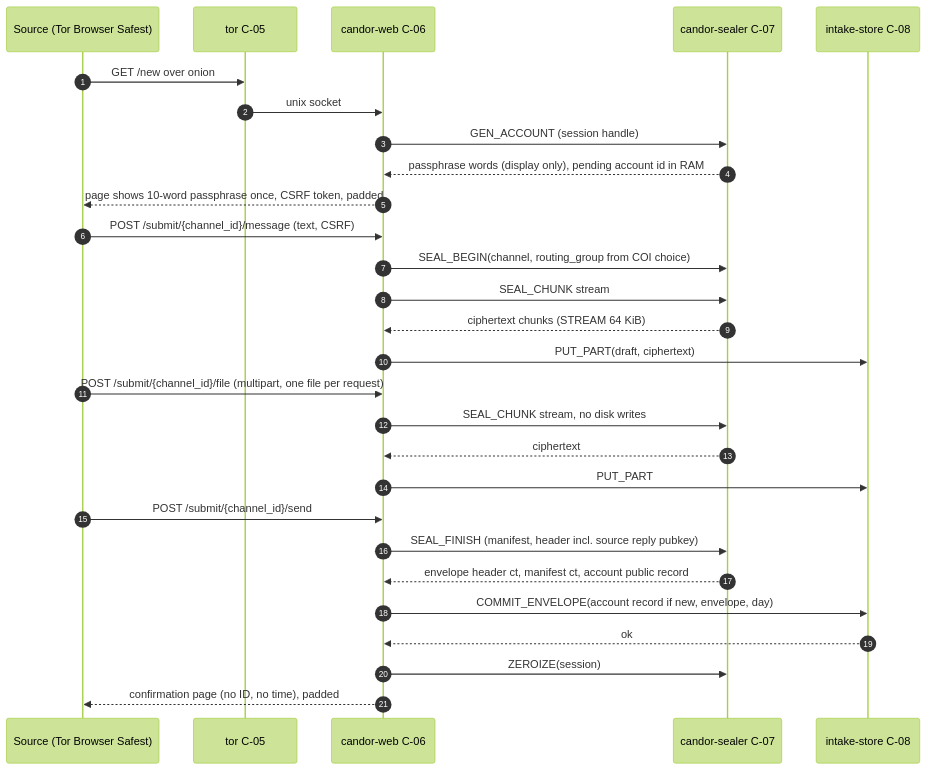
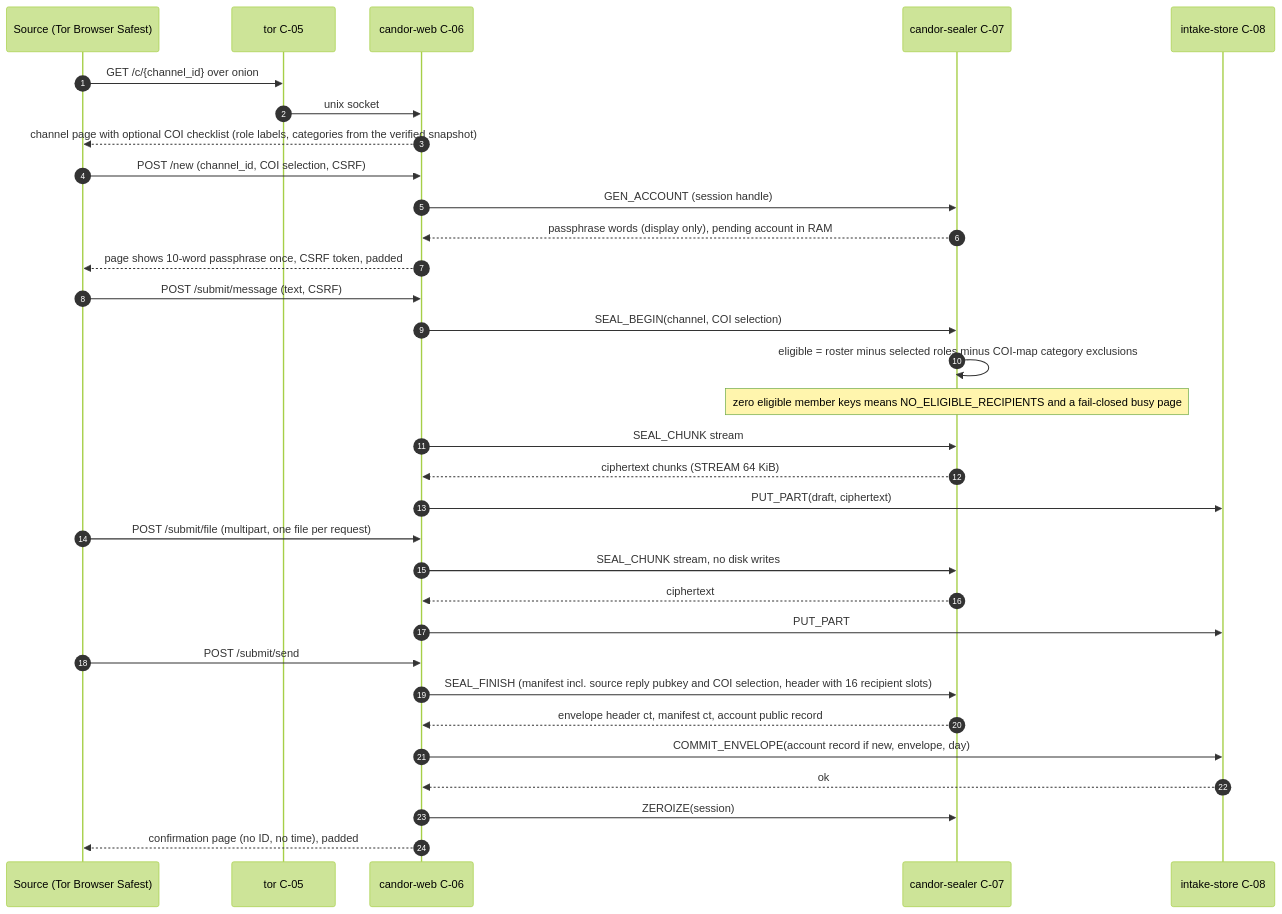
One commit to djshellshoxxx/leaks changed the sixth of 12 diagrams in specs/06-SYSTEM-ARCHITECTURE.md. Above: the diagram before and after it, drawn with Mermaid (forest theme). The commit also changed other lines of this file and 14 other files, not shown here.

````diff
--- a/specs/06-SYSTEM-ARCHITECTURE.md
+++ b/specs/06-SYSTEM-ARCHITECTURE.md
@@ -339,30 +339,34 @@
 ```mermaid
 sequenceDiagram
   autonumber
   participant S as Source (Tor Browser Safest)
   participant T as tor C-05
   participant W as candor-web C-06
   participant L as candor-sealer C-07
   participant I as intake-store C-08
-  S->>T: GET /new over onion
+  S->>T: GET /c/{channel_id} over onion
   T->>W: unix socket
+  W-->>S: channel page with optional COI checklist (role labels, categories from the verified snapshot)
+  S->>W: POST /new (channel_id, COI selection, CSRF)
   W->>L: GEN_ACCOUNT (session handle)
-  L-->>W: passphrase words (display only), pending account id in RAM
+  L-->>W: passphrase words (display only), pending account in RAM
   W-->>S: page shows 10-word passphrase once, CSRF token, padded
-  S->>W: POST /submit/{channel_id}/message (text, CSRF)
-  W->>L: SEAL_BEGIN(channel, routing_group from COI choice)
+  S->>W: POST /submit/message (text, CSRF)
+  W->>L: SEAL_BEGIN(channel, COI selection)
+  L->>L: eligible = roster minus selected roles minus COI-map category exclusions
+  Note over L: zero eligible member keys means NO_ELIGIBLE_RECIPIENTS and a fail-closed busy page
   W->>L: SEAL_CHUNK stream
   L-->>W: ciphertext chunks (STREAM 64 KiB)
   W->>I: PUT_PART(draft, ciphertext)
-  S->>W: POST /submit/{channel_id}/file (multipart, one file per request)
+  S->>W: POST /submit/file (multipart, one file per request)
   W->>L: SEAL_CHUNK stream, no disk writes
   L-->>W: ciphertext
   W->>I: PUT_PART
-  S->>W: POST /submit/{channel_id}/send
-  W->>L: SEAL_FINISH (manifest, header incl. source reply pubkey)
+  S->>W: POST /submit/send
+  W->>L: SEAL_FINISH (manifest incl. source reply pubkey and COI selection, header with 16 recipient slots)
   L-->>W: envelope header ct, manifest ct, account public record
   W->>I: COMMIT_ENVELOPE(account record if new, envelope, day)
   I-->>W: ok
   W->>L: ZEROIZE(session)
   W-->>S: confirmation page (no ID, no time), padded
 ```
````
